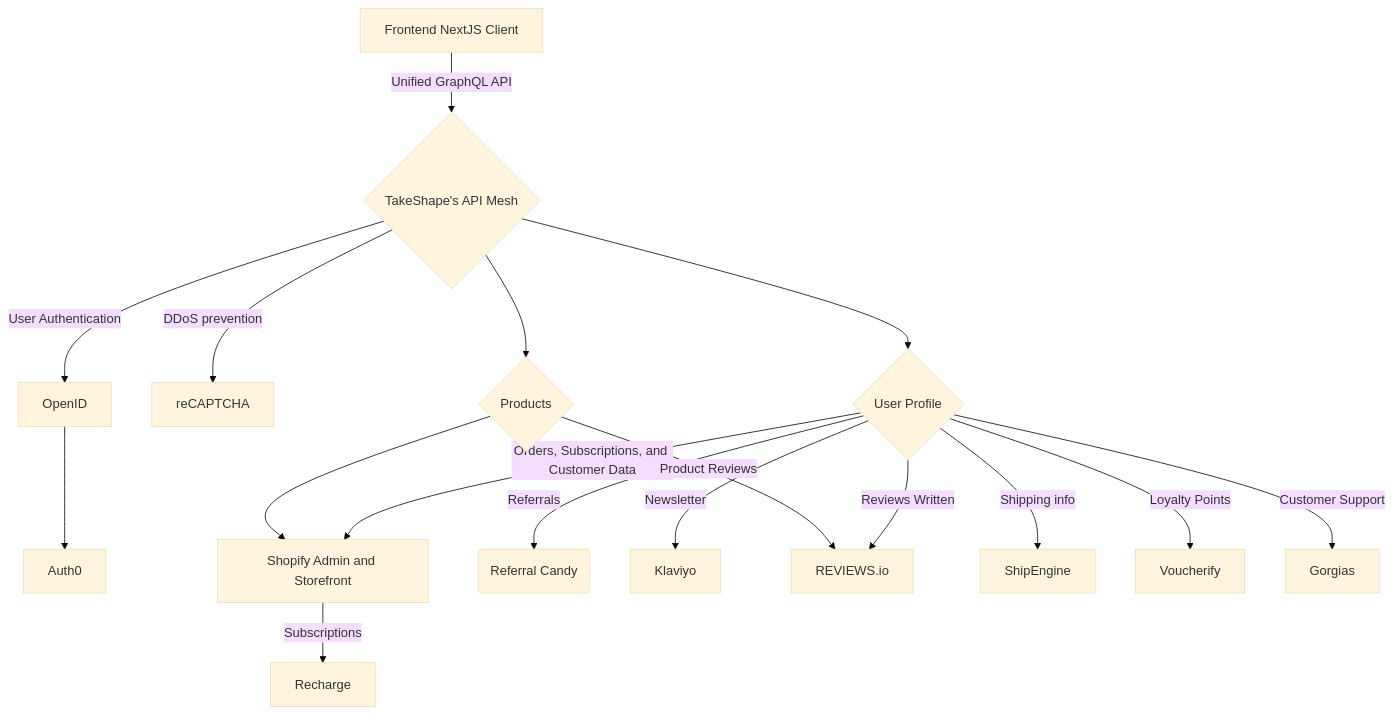
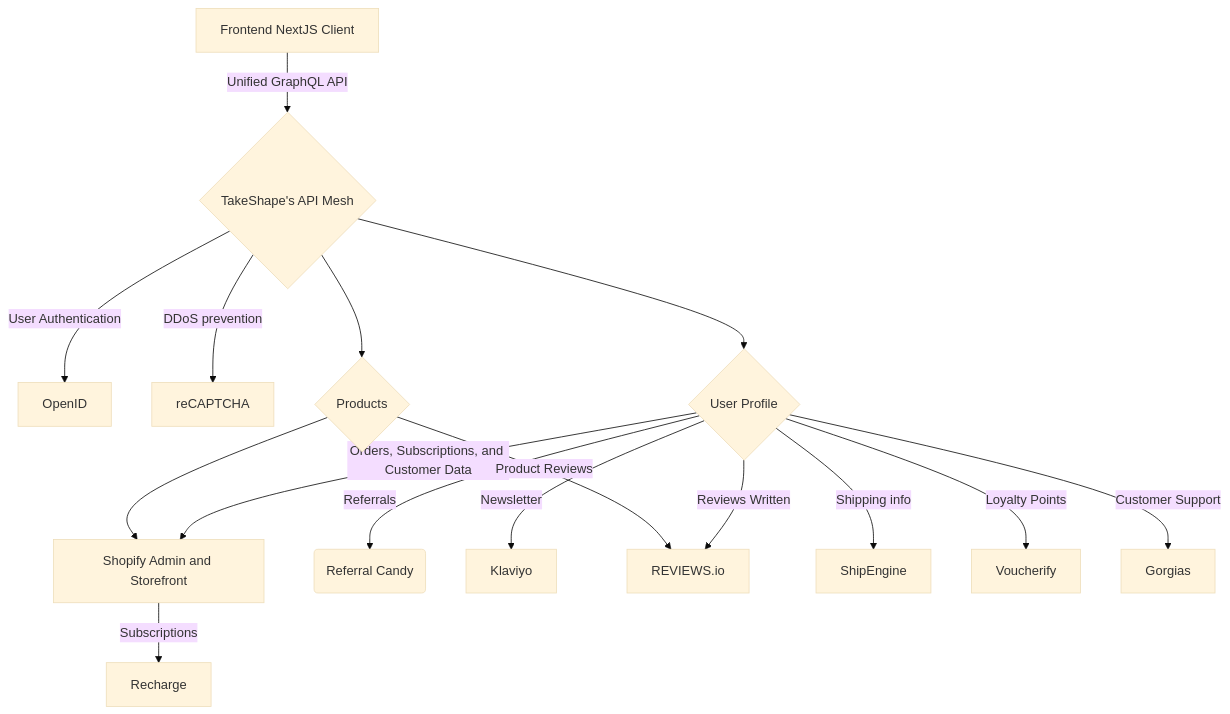
The diagram in README.md (takeshape/penny), drawn with Mermaid (base theme) before and after one commit. The commit also changed other lines of this file and 1 other file, not shown here.

````diff
--- a/README.md
+++ b/README.md
@@ -48,19 +50,18 @@
 ```mermaid
 graph TD
     A[Frontend NextJS Client] --> |Unified GraphQL API| Mesh{TakeShape's API Mesh}
     Mesh --> |User Authentication| OpenID
     Mesh --> |DDoS prevention| reCAPTCHA
-    OpenID --> Auth0
     Mesh --> P{Products}
     P --> Shopify[Shopify Admin and Storefront]
     Mesh --> UP{User Profile}
     UP --> |Referrals| RC(Referral Candy)
     UP --> |Orders, Subscriptions, and Customer Data| Shopify
     UP --> |Newsletter| Klaviyo
     P --> |Product Reviews| REVIEWS.io
     UP --> |Reviews Written| REVIEWS.io
     UP --> |Shipping info| ShipEngine
     UP --> |Loyalty Points| Voucherify
     UP --> |Customer Support| Gorgias
     Shopify --> |Subscriptions| Recharge
 ```
````
